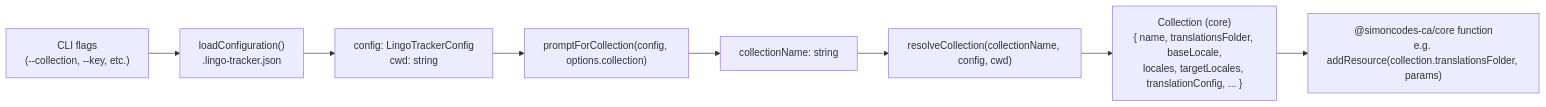
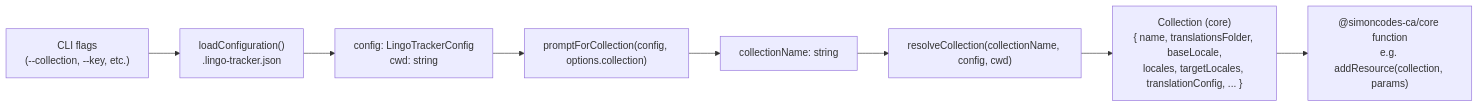
One commit to SimonNodel-AI/lingo-tracker changed the second of 2 diagrams in architecture-docs/cli.md. Above: the diagram before and after it, drawn with Mermaid. The commit also changed other lines of this file and 62 other files, not shown here.

````diff
--- a/architecture-docs/cli.md
+++ b/architecture-docs/cli.md
@@ -223,10 +223,10 @@
 ```mermaid
 flowchart LR
     FLAGS["CLI flags\n(--collection, --key, etc.)"] --> LOAD["loadConfiguration()\n.lingo-tracker.json"]
     LOAD --> GETCONFIG["config: LingoTrackerConfig\ncwd: string"]
     GETCONFIG --> PROMPT["promptForCollection(config, options.collection)"]
     PROMPT --> NAME["collectionName: string"]
     NAME --> RESOLVE["resolveCollection(collectionName, config, cwd)"]
     RESOLVE --> RESOLVED["Collection (core)\n{ name, translationsFolder, baseLocale,\nlocales, targetLocales, translationConfig, ... }"]
-    RESOLVED --> CORE["@simoncodes-ca/core function\ne.g. addResource(collection.translationsFolder, params)"]
+    RESOLVED --> CORE["@simoncodes-ca/core function\ne.g. addResource(collection, params)"]
 ```
````
